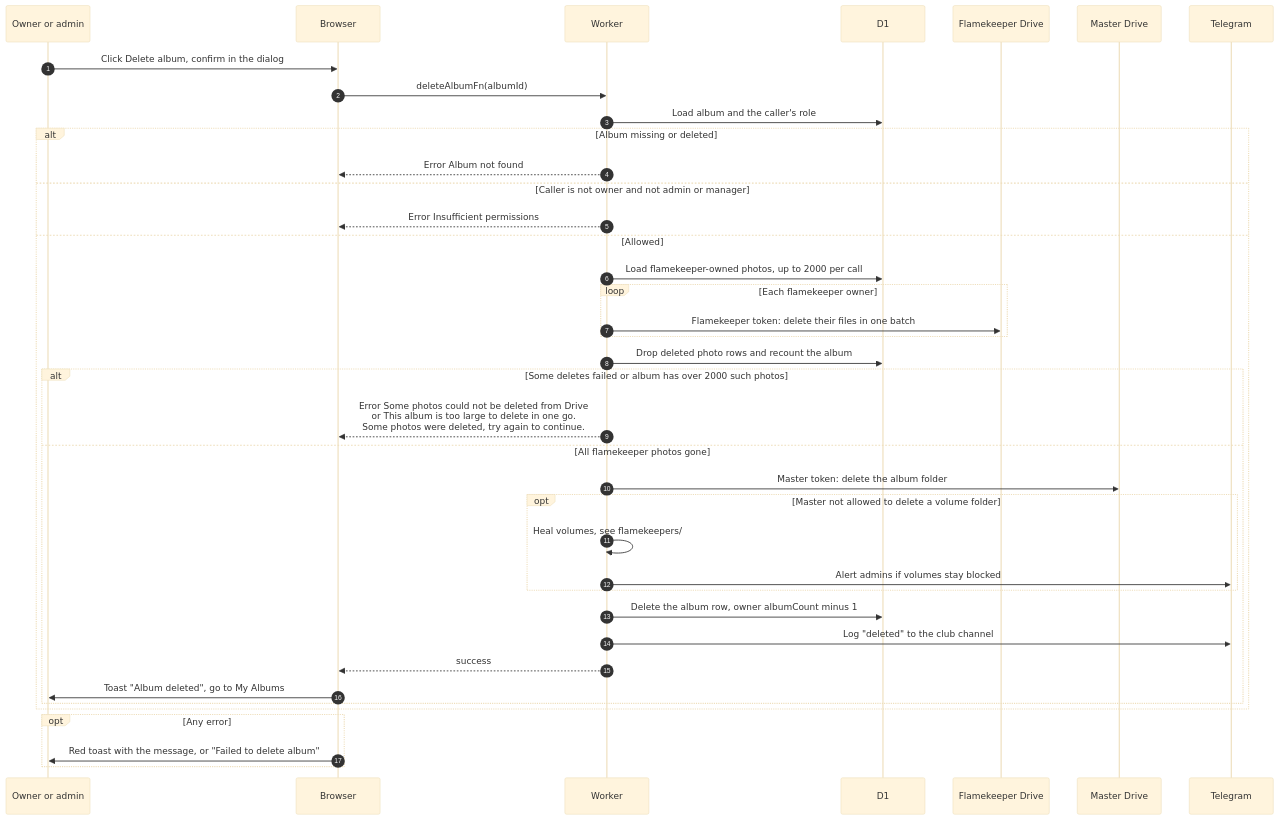
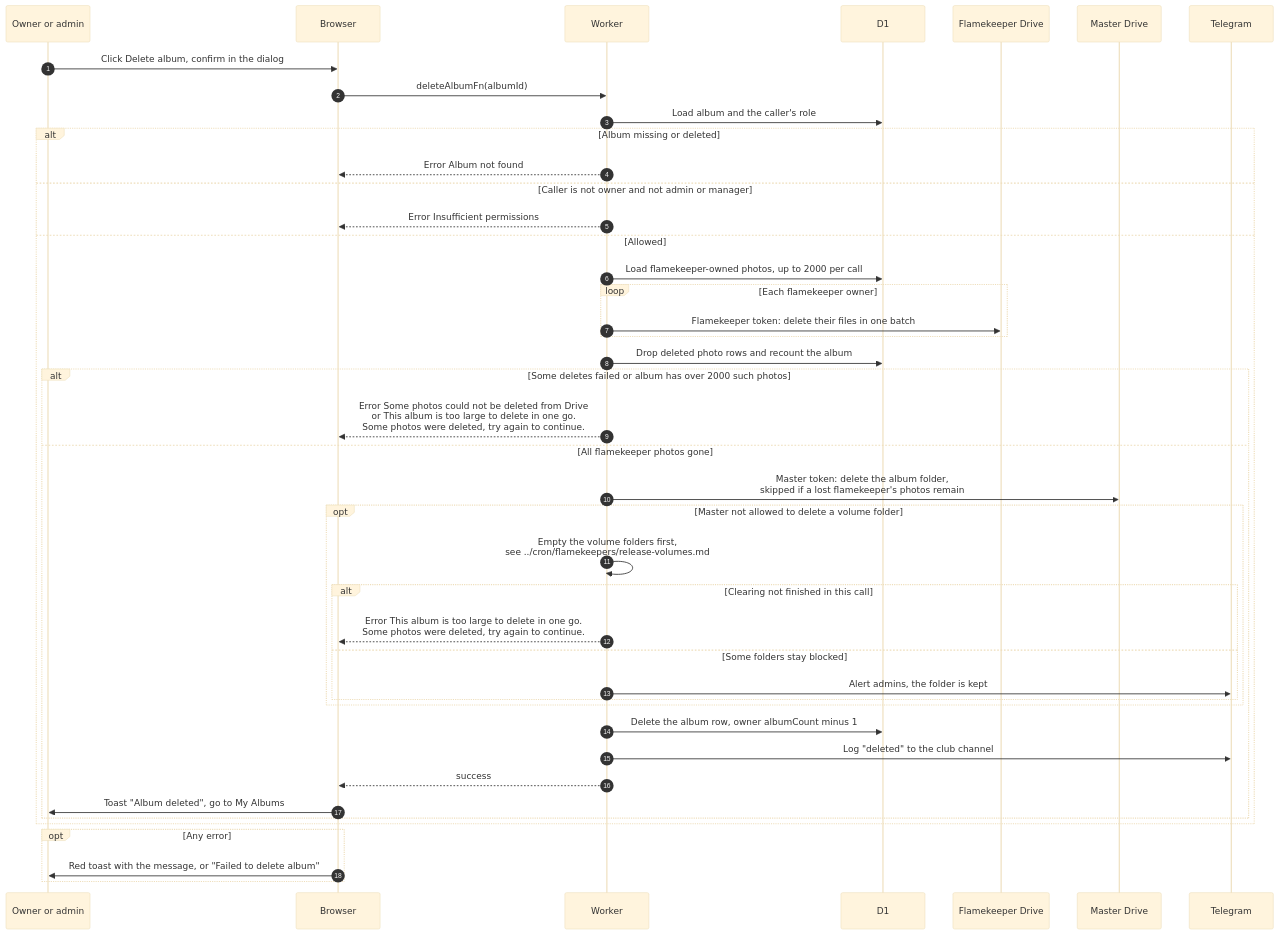
Before and after one commit to sagyzdop/meriksirat: the diagram in docs/scenarios/albums/delete-album.md, drawn with Mermaid (base theme). The commit also changed other lines of this file and 17 other files, not shown here.

Commit message:
docs(scenarios): verify albums diagrams against the code

````diff
--- a/docs/scenarios/albums/delete-album.md
+++ b/docs/scenarios/albums/delete-album.md
@@ -14,41 +15,45 @@
 ```mermaid
 sequenceDiagram
     autonumber
     participant M as Owner or admin
     participant B as Browser
     participant W as Worker
     participant D as D1
     participant F as Flamekeeper Drive
     participant G as Master Drive
     participant T as Telegram
     M->>B: Click Delete album, confirm in the dialog
     B->>W: deleteAlbumFn(albumId)
     W->>D: Load album and the caller's role
     alt Album missing or deleted
         W-->>B: Error Album not found
     else Caller is not owner and not admin or manager
         W-->>B: Error Insufficient permissions
     else Allowed
         W->>D: Load flamekeeper-owned photos, up to 2000 per call
         loop Each flamekeeper owner
             W->>F: Flamekeeper token: delete their files in one batch
         end
         W->>D: Drop deleted photo rows and recount the album
         alt Some deletes failed or album has over 2000 such photos
             W-->>B: Error Some photos could not be deleted from Drive<br/>or This album is too large to delete in one go.<br/>Some photos were deleted, try again to continue.
         else All flamekeeper photos gone
-            W->>G: Master token: delete the album folder
+            W->>G: Master token: delete the album folder,<br/>skipped if a lost flamekeeper's photos remain
             opt Master not allowed to delete a volume folder
-                W->>W: Heal volumes, see flamekeepers/
-                W->>T: Alert admins if volumes stay blocked
+                W->>W: Empty the volume folders first,<br/>see ../cron/flamekeepers/release-volumes.md
+                alt Clearing not finished in this call
+                    W-->>B: Error This album is too large to delete in one go.<br/>Some photos were deleted, try again to continue.
+                else Some folders stay blocked
+                    W->>T: Alert admins, the folder is kept
+                end
             end
             W->>D: Delete the album row, owner albumCount minus 1
             W->>T: Log "deleted" to the club channel
             W-->>B: success
             B->>M: Toast "Album deleted", go to My Albums
         end
     end
     opt Any error
         B->>M: Red toast with the message, or "Failed to delete album"
     end
 ```
````
